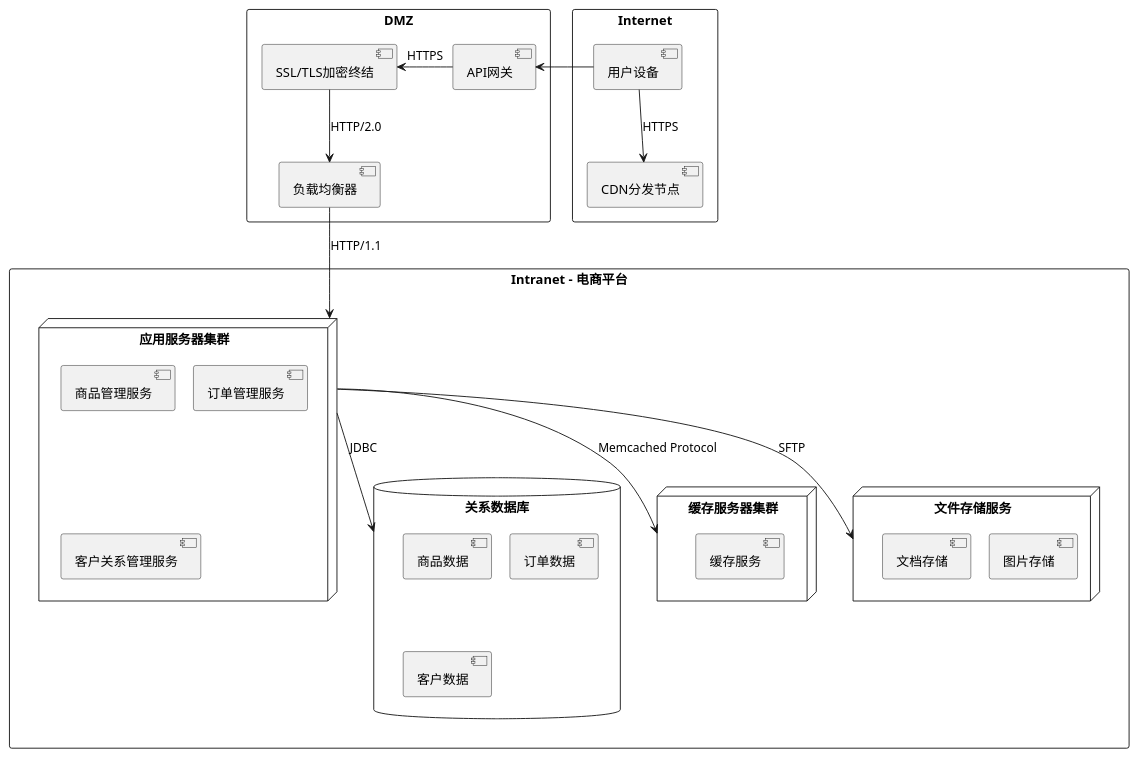
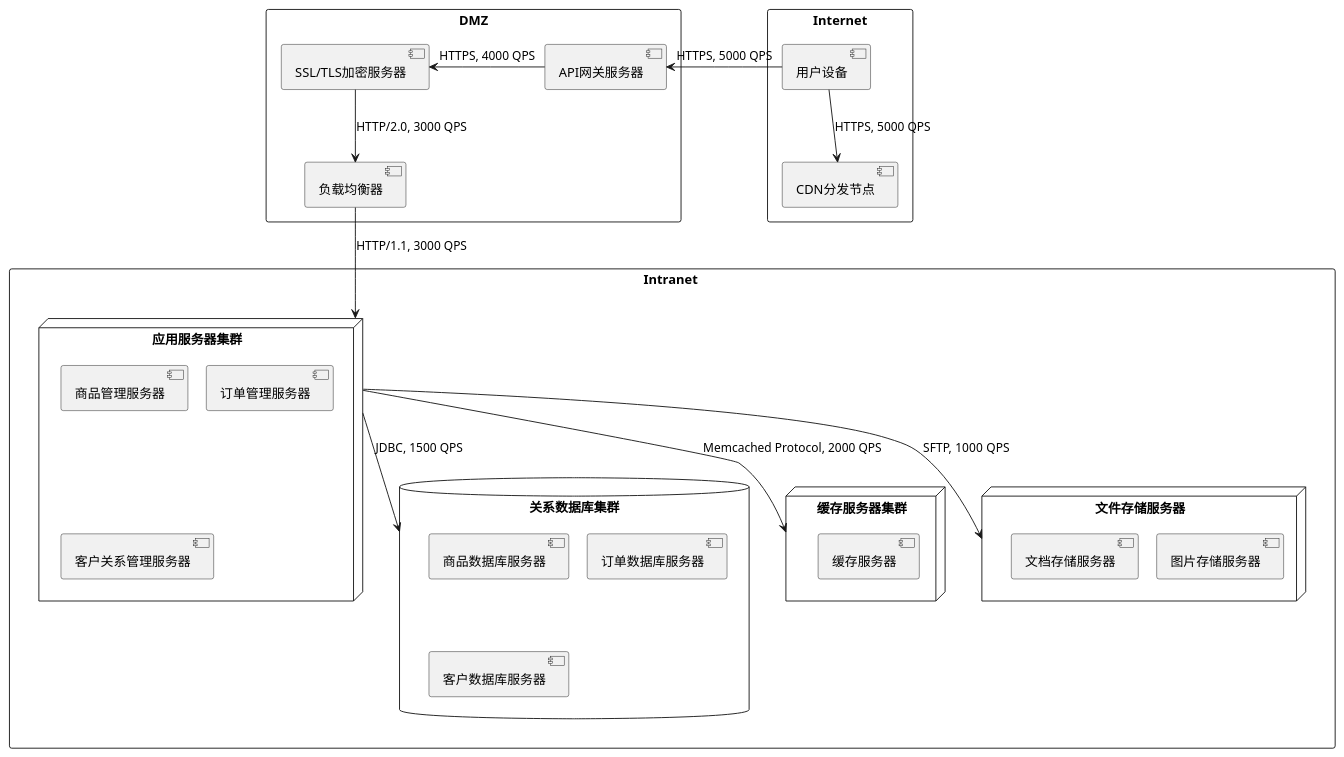
One commit to fuyipingwml/planttext changed the diagram in 技术架构-网络通信图2.puml. Above: the diagram before and after it, drawn with PlantUML. The commit also changed 3 other files, not shown here.

```diff
--- a/技术架构-网络通信图2.puml
+++ b/技术架构-网络通信图2.puml
@@ -1,51 +1,51 @@
 @startuml
 
 skinparam defaultTextAlignment center
 skinparam fontsize 28
 skinparam nodesep 20
 skinparam packageStyle rect
 
 package "Internet" {
-    [用户设备] --> [CDN分发节点] : HTTPS
+    [用户设备] --> [CDN分发节点] : HTTPS, 5000 QPS
 }
 
 package "DMZ" as aDMZ {
-    [API网关]
-    [SSL/TLS加密终结]
+    [API网关服务器]
+    [SSL/TLS加密服务器]
     [负载均衡器]
     [CDN分发节点]
     
-    [API网关] -left-> [SSL/TLS加密终结]: HTTPS
-    [SSL/TLS加密终结] -down-> [负载均衡器] : HTTP/2.0
+    [API网关服务器] -left-> [SSL/TLS加密服务器]: HTTPS, 4000 QPS
+    [SSL/TLS加密服务器] -down-> [负载均衡器] : HTTP/2.0, 3000 QPS
 }
 
-package "Intranet - 电商平台" {
+package "Intranet " {
     node "应用服务器集群" as appserver {
-        [商品管理服务]
-        [订单管理服务]
-        [客户关系管理服务]
+        [商品管理服务器]
+        [订单管理服务器]
+        [客户关系管理服务器]
     }
 
-    database "关系数据库" as DBserver {
-        [商品数据]
-        [订单数据]
-        [客户数据]
+    database "关系数据库集群" as DBserver {
+        [商品数据库服务器]
+        [订单数据库服务器]
+        [客户数据库服务器]
     }
 
     node "缓存服务器集群" as cacheserver {
-        [缓存服务]
+        [缓存服务器]
     }
 
-    node "文件存储服务" as fileserver {
-        [图片存储]
-        [文档存储]
+    node "文件存储服务器" as fileserver {
+        [图片存储服务器]
+        [文档存储服务器]
     }
 
-    [用户设备] -left->  [API网关] 
-    [负载均衡器] --> appserver : HTTP/1.1
-    appserver --> DBserver : JDBC
-    appserver --> cacheserver: Memcached Protocol
-    appserver --> fileserver : SFTP
+    [用户设备] -left->  [API网关服务器] : HTTPS, 5000 QPS
+    [负载均衡器] --> appserver : HTTP/1.1, 3000 QPS
+    appserver --> DBserver : JDBC, 1500 QPS
+    appserver --> cacheserver: Memcached Protocol, 2000 QPS
+    appserver --> fileserver : SFTP, 1000 QPS
 }
 
 @enduml
```
